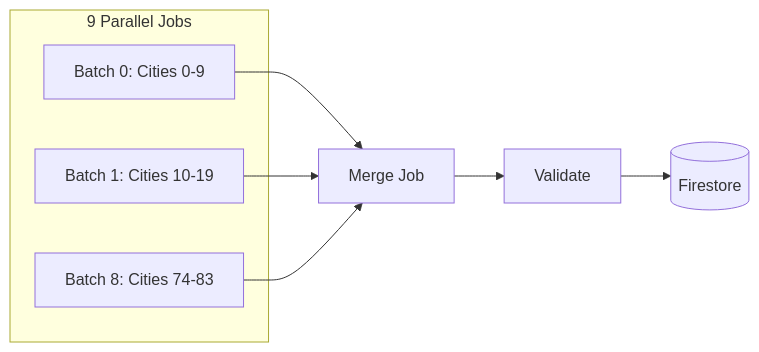
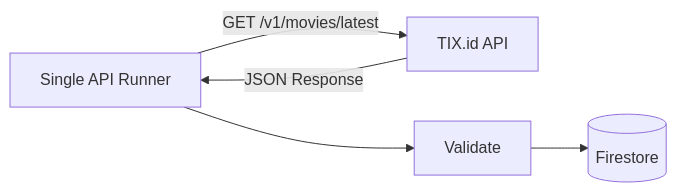
Before and after one commit to okihita/CineRadar: the third of 5 diagrams in docs/03_daily_pipeline.md, drawn with Mermaid. The commit also changed other lines of this file and 8 other files, not shown here.

````diff
--- a/docs/03_daily_pipeline.md
+++ b/docs/03_daily_pipeline.md
@@ -103,15 +101,7 @@
 ```mermaid
 flowchart LR
-    subgraph "9 Parallel Jobs"
-        B0[Batch 0: Cities 0-9]
-        B1[Batch 1: Cities 10-19]
-        B8[Batch 8: Cities 74-83]
-    end
-
-    B0 --> M[Merge Job]
-    B1 --> M
-    B8 --> M
-
-    M --> V[Validate]
+    S[Single API Runner] -->|GET /v1/movies/latest| TIX[TIX.id API]
+    TIX -->|JSON Response| S
+    S --> V[Validate]
     V --> FS[(Firestore)]
 ```
````
